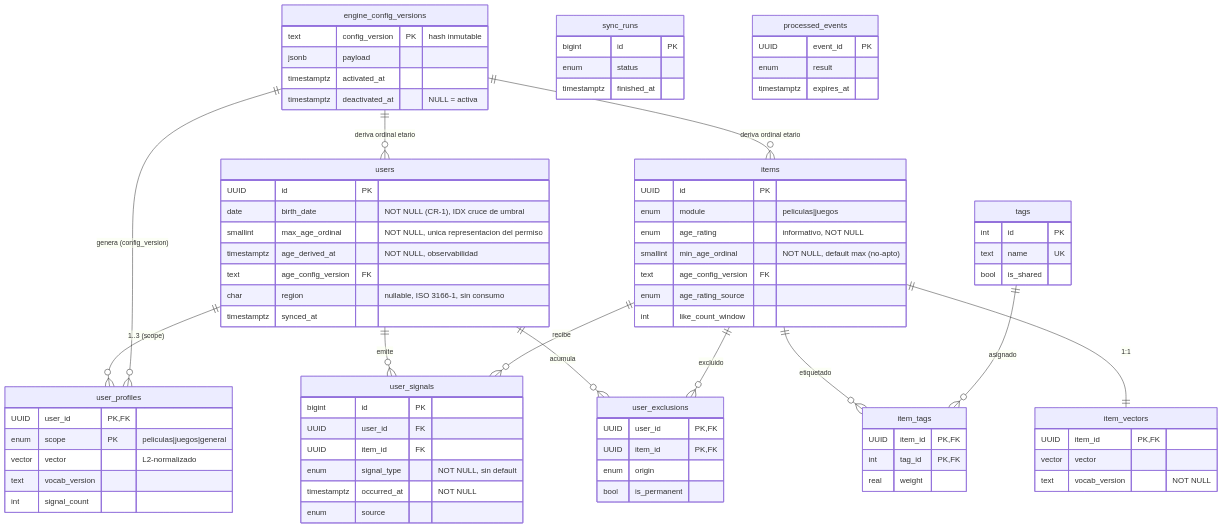
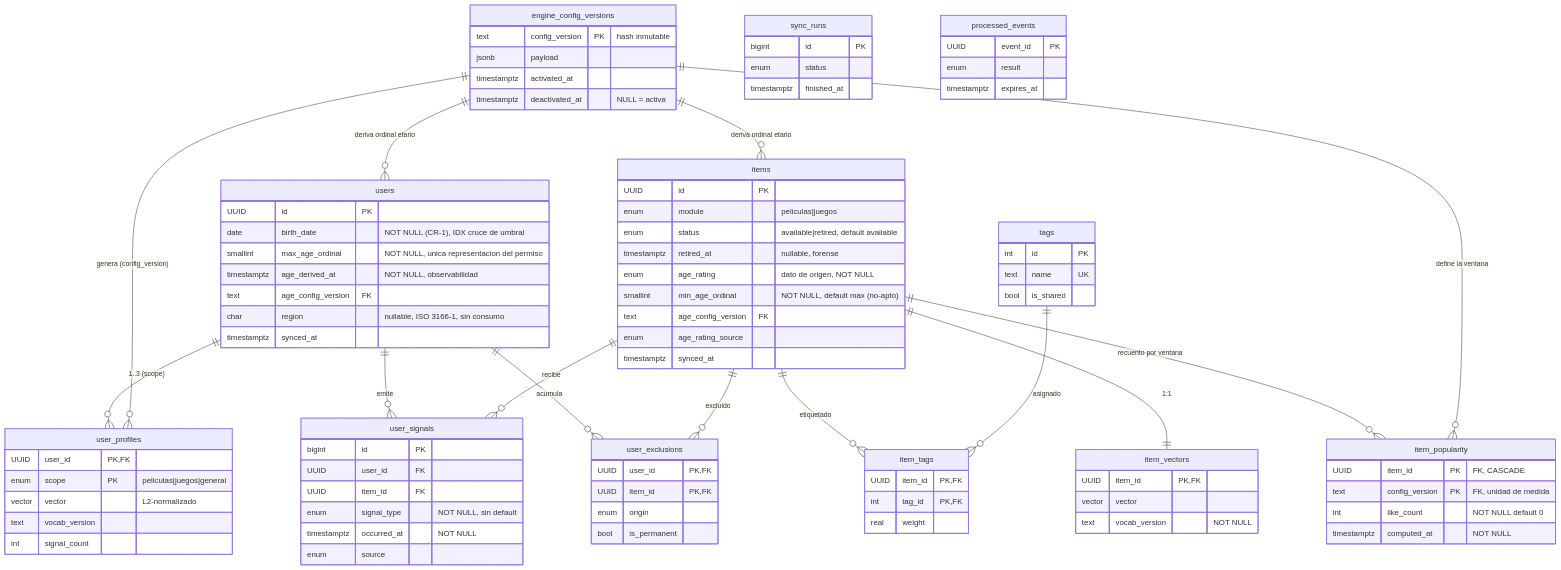
Before and after one commit to HingusPingus/prototipo_recomendaciones: the diagram in recomendaciones/specs/001-recomendaciones-precomputadas/data-model.md, drawn with Mermaid. The commit also changed other lines of this file, not shown here.

```diff
--- a/recomendaciones/specs/001-recomendaciones-precomputadas/data-model.md
+++ b/recomendaciones/specs/001-recomendaciones-precomputadas/data-model.md
@@ -555,6 +756,8 @@
     engine_config_versions ||--o{ user_profiles : "genera (config_version)"
     engine_config_versions ||--o{ users : "deriva ordinal etario"
     engine_config_versions ||--o{ items : "deriva ordinal etario"
+    items ||--o{ item_popularity : "recuento por ventana"
+    engine_config_versions ||--o{ item_popularity : "define la ventana"
 
     users {
         UUID id PK
@@ -568,11 +771,19 @@
     items {
         UUID id PK
         enum module "peliculas|juegos"
-        enum age_rating "informativo, NOT NULL"
+        enum status "available|retired, default available"
+        timestamptz retired_at "nullable, forense"
+        enum age_rating "dato de origen, NOT NULL"
         smallint min_age_ordinal "NOT NULL, default max (no-apto)"
         text age_config_version FK
         enum age_rating_source
-        int like_count_window
+        timestamptz synced_at
+    }
+    item_popularity {
+        UUID item_id PK "FK, CASCADE"
+        text config_version PK "FK, unidad de medida"
+        int like_count "NOT NULL default 0"
+        timestamptz computed_at "NOT NULL"
     }
     tags {
         int id PK
```
